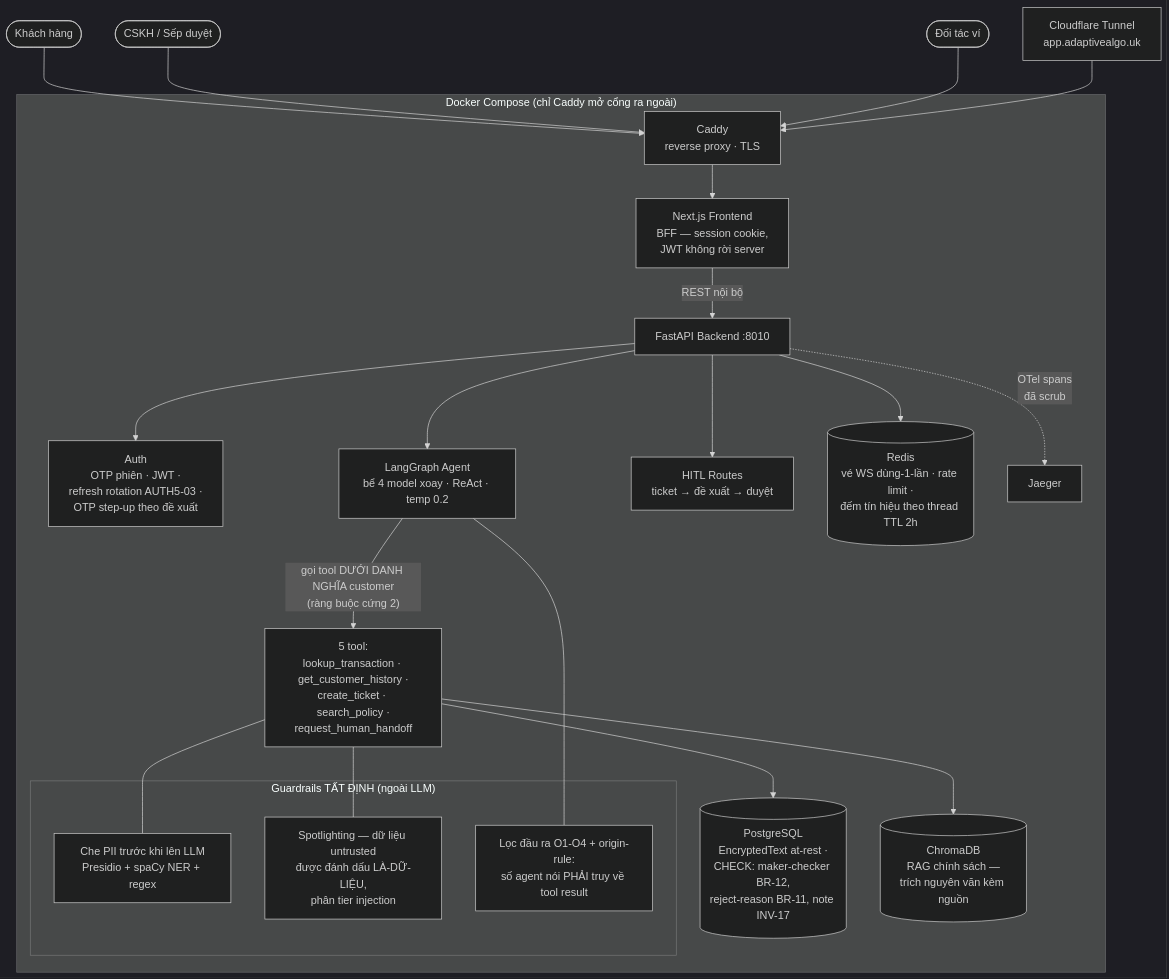
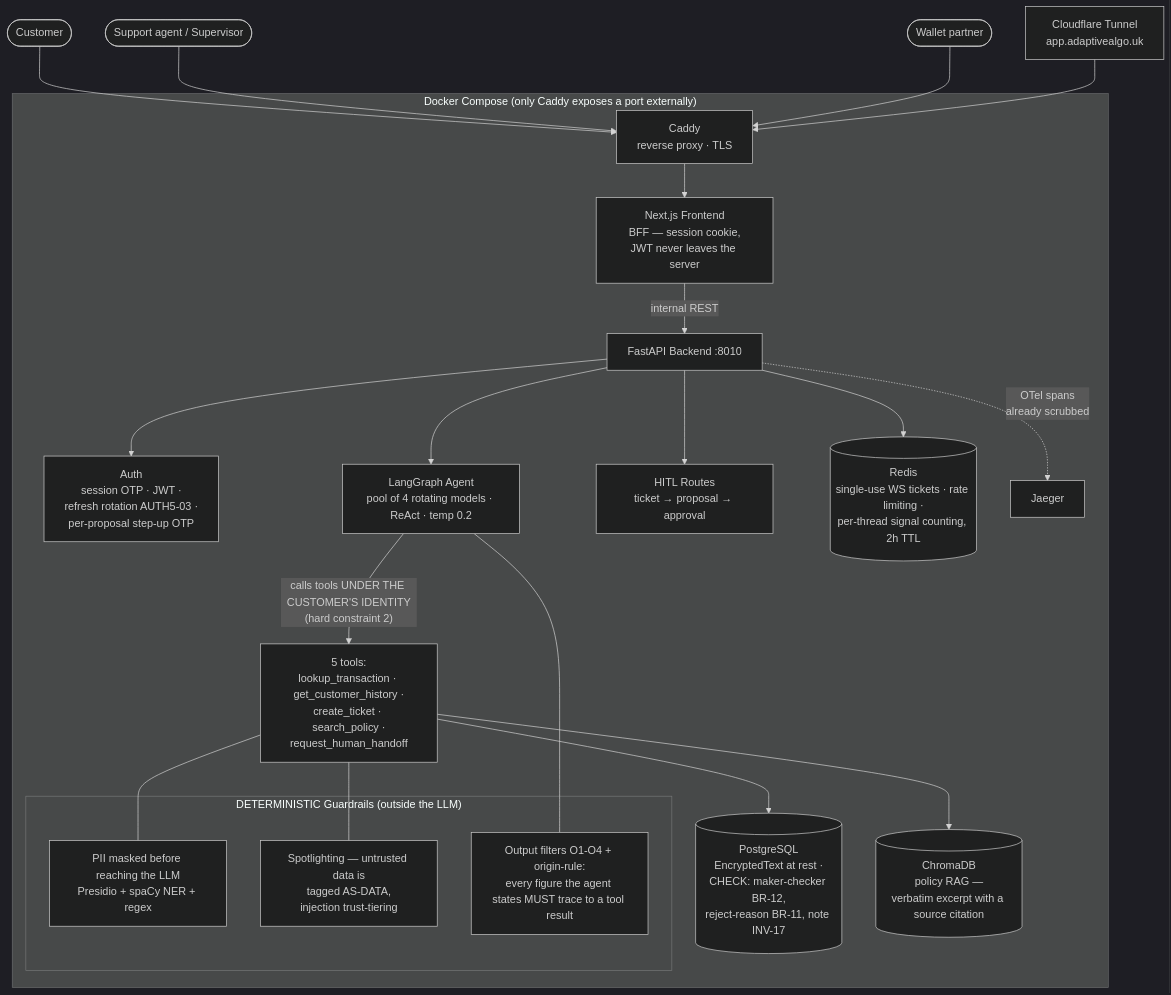
Before and after one commit to jinsimple/Sen-AI-customer-service-agent-for-e-wallets: the diagram in ARCHITECTURE.md, drawn with Mermaid (dark theme). The commit also changed other lines of this file and 8 other files, not shown here.

First line of the commit message:
docs: English README + ARCHITECTURE.md, anonymise partner claims

````diff
--- a/ARCHITECTURE.md
+++ b/ARCHITECTURE.md
@@ -15,32 +20,32 @@
 ```mermaid
 graph TB
-    KH([Khách hàng]) --> CADDY
-    NV([CSKH / Sếp duyệt]) --> CADDY
-    PA([Đối tác ví]) --> CADDY
+    KH([Customer]) --> CADDY
+    NV([Support agent / Supervisor]) --> CADDY
+    PA([Wallet partner]) --> CADDY
     CF[Cloudflare Tunnel<br/>app.adaptivealgo.uk] --> CADDY
 
-    subgraph Docker["Docker Compose (chỉ Caddy mở cổng ra ngoài)"]
-        CADDY[Caddy<br/>reverse proxy · TLS] --> FE[Next.js Frontend<br/>BFF — session cookie,<br/>JWT không rời server]
-        FE -->|REST nội bộ| BE[FastAPI Backend :8010]
+    subgraph Docker["Docker Compose (only Caddy exposes a port externally)"]
+        CADDY[Caddy<br/>reverse proxy · TLS] --> FE[Next.js Frontend<br/>BFF — session cookie,<br/>JWT never leaves the server]
+        FE -->|internal REST| BE[FastAPI Backend :8010]
 
-        BE --> AUTH[Auth<br/>OTP phiên · JWT ·<br/>refresh rotation AUTH5-03 ·<br/>OTP step-up theo đề xuất]
-        BE --> AGENT[LangGraph Agent<br/>bể 4 model xoay · ReAct · temp 0.2]
-        BE --> HITL[HITL Routes<br/>ticket → đề xuất → duyệt]
+        BE --> AUTH[Auth<br/>session OTP · JWT ·<br/>refresh rotation AUTH5-03 ·<br/>per-proposal step-up OTP]
+        BE --> AGENT[LangGraph Agent<br/>pool of 4 rotating models · ReAct · temp 0.2]
+        BE --> HITL[HITL Routes<br/>ticket → proposal → approval]
 
-        AGENT -->|"gọi tool DƯỚI DANH NGHĨA customer<br/>(ràng buộc cứng 2)"| TOOLS[5 tool:<br/>lookup_transaction · get_customer_history ·<br/>create_ticket · search_policy ·<br/>request_human_handoff]
+        AGENT -->|"calls tools UNDER THE CUSTOMER'S IDENTITY<br/>(hard constraint 2)"| TOOLS[5 tools:<br/>lookup_transaction · get_customer_history ·<br/>create_ticket · search_policy ·<br/>request_human_handoff]
 
-        subgraph GUARD["Guardrails TẤT ĐỊNH (ngoài LLM)"]
-            G1[Che PII trước khi lên LLM<br/>Presidio + spaCy NER + regex]
-            G2[Spotlighting — dữ liệu untrusted<br/>được đánh dấu LÀ-DỮ-LIỆU,<br/>phân tier injection]
-            G3[Lọc đầu ra O1-O4 + origin-rule:<br/>số agent nói PHẢI truy về tool result]
+        subgraph GUARD["DETERMINISTIC Guardrails (outside the LLM)"]
+            G1[PII masked before reaching the LLM<br/>Presidio + spaCy NER + regex]
+            G2[Spotlighting — untrusted data is<br/>tagged AS-DATA,<br/>injection trust-tiering]
+            G3[Output filters O1-O4 + origin-rule:<br/>every figure the agent states MUST trace to a tool result]
         end
         TOOLS --- G1
         TOOLS --- G2
         AGENT --- G3
 
-        TOOLS --> PG[(PostgreSQL<br/>EncryptedText at-rest ·<br/>CHECK: maker-checker BR-12,<br/>reject-reason BR-11, note INV-17)]
-        TOOLS --> RAG[(ChromaDB<br/>RAG chính sách —<br/>trích nguyên văn kèm nguồn)]
-        BE --> REDIS[(Redis<br/>vé WS dùng-1-lần · rate limit ·<br/>đếm tín hiệu theo thread TTL 2h)]
-        BE -.->|OTel spans<br/>đã scrub| JAEGER[Jaeger]
+        TOOLS --> PG[(PostgreSQL<br/>EncryptedText at rest ·<br/>CHECK: maker-checker BR-12,<br/>reject-reason BR-11, note INV-17)]
+        TOOLS --> RAG[(ChromaDB<br/>policy RAG —<br/>verbatim excerpt with a source citation)]
+        BE --> REDIS[(Redis<br/>single-use WS tickets · rate limiting ·<br/>per-thread signal counting, 2h TTL)]
+        BE -.->|OTel spans<br/>already scrubbed| JAEGER[Jaeger]
     end
 ```
````
